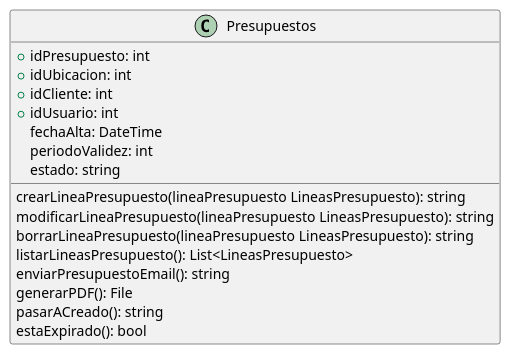
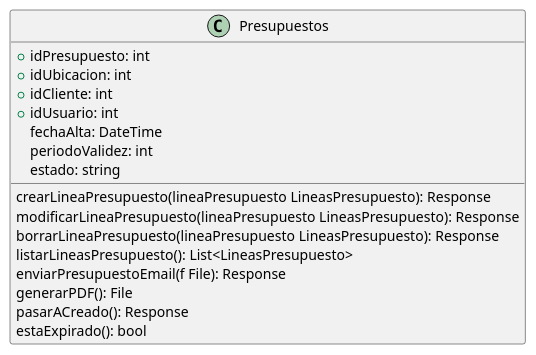
One commit to ZMGestion/DocumentacionZMGestion changed the diagram in DiagramaClases/Clases/Presupuestos.puml. Above: the diagram before and after it, drawn with PlantUML. The commit also changed 27 other files, not shown here.

```diff
--- a/DiagramaClases/Clases/Presupuestos.puml
+++ b/DiagramaClases/Clases/Presupuestos.puml
@@ -1,20 +1,20 @@
 @startuml Presupuestos
 class Presupuestos{
     +idPresupuesto: int
     +idUbicacion: int
     +idCliente: int
     +idUsuario: int
     fechaAlta: DateTime
     periodoValidez: int
     estado: string
 
-    crearLineaPresupuesto(lineaPresupuesto LineasPresupuesto): string
-    modificarLineaPresupuesto(lineaPresupuesto LineasPresupuesto): string
-    borrarLineaPresupuesto(lineaPresupuesto LineasPresupuesto): string
+    crearLineaPresupuesto(lineaPresupuesto LineasPresupuesto): Response
+    modificarLineaPresupuesto(lineaPresupuesto LineasPresupuesto): Response
+    borrarLineaPresupuesto(lineaPresupuesto LineasPresupuesto): Response
     listarLineasPresupuesto(): List<LineasPresupuesto>
-    enviarPresupuestoEmail(): string
+    enviarPresupuestoEmail(f File): Response
     generarPDF(): File
-    pasarACreado(): string
+    pasarACreado(): Response
     estaExpirado(): bool
 }
 @endumls
```
